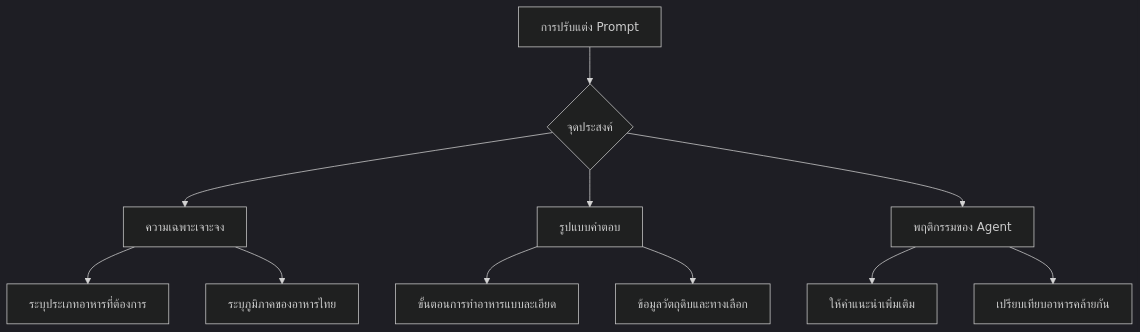
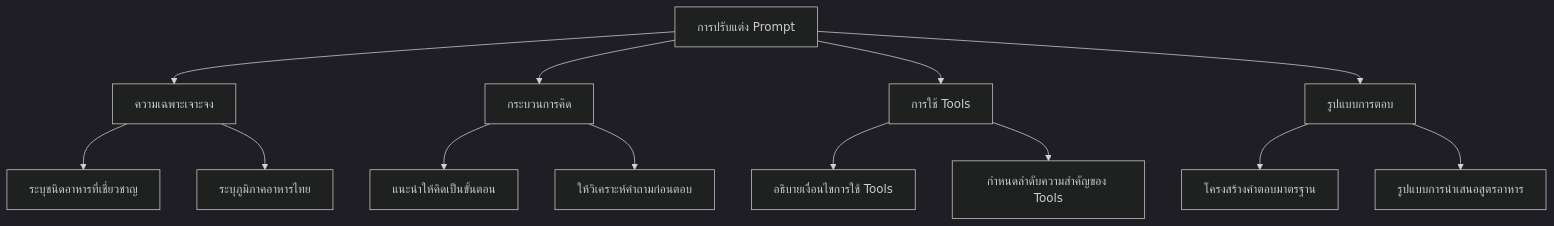
Before and after one commit to amornpan/langflow-ai: diagram 15 of 18 in hand-on_2-3/README_TH.md, drawn with Mermaid (dark theme). The commit also changed other lines of this file and 3 other files, not shown here.

````diff
--- a/hand-on_2-3/README_TH.md
+++ b/hand-on_2-3/README_TH.md
@@ -385,17 +357,19 @@
 ```mermaid
 graph TD
-    A[การปรับแต่ง Prompt] --> B{จุดประสงค์}
+    A[การปรับแต่ง Prompt] --> B[ความเฉพาะเจาะจง]
+    A --> C[กระบวนการคิด]
+    A --> D[การใช้ Tools]
+    A --> E[รูปแบบการตอบ]
     
-    B --> C[ความเฉพาะเจาะจง]
-    B --> D[รูปแบบคำตอบ]
-    B --> E[พฤติกรรมของ Agent]
+    B --> B1[ระบุชนิดอาหารที่เชี่ยวชาญ]
+    B --> B2[ระบุภูมิภาคอาหารไทย]
     
-    C --> C1[ระบุประเภทอาหารที่ต้องการ]
-    C --> C2[ระบุภูมิภาคของอาหารไทย]
+    C --> C1[แนะนำให้คิดเป็นขั้นตอน]
+    C --> C2[ให้วิเคราะห์คำถามก่อนตอบ]
     
-    D --> D1[ขั้นตอนการทำอาหารแบบละเอียด]
-    D --> D2[ข้อมูลวัตถุดิบและทางเลือก]
+    D --> D1[อธิบายเงื่อนไขการใช้ Tools]
+    D --> D2[กำหนดลำดับความสำคัญของ Tools]
     
-    E --> E1[ให้คำแนะนำเพิ่มเติม]
-    E --> E2[เปรียบเทียบอาหารคล้ายกัน]
+    E --> E1[โครงสร้างคำตอบมาตรฐาน]
+    E --> E2[รูปแบบการนำเสนอสูตรอาหาร]
 ```
````
